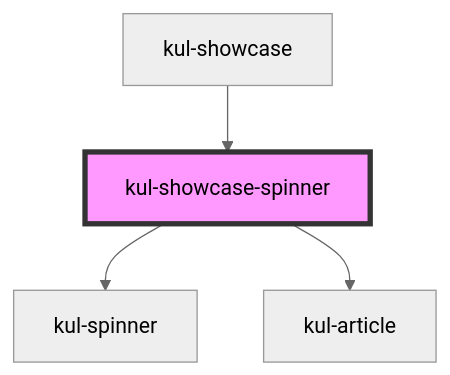
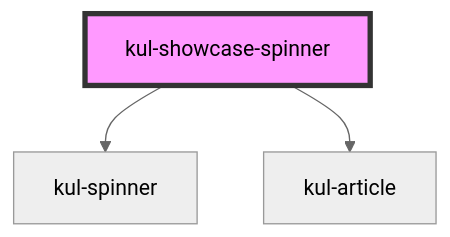
The diagram in packages/ketchup-lite/src/components/kul-showcase/components/spinner/readme.md (smeup/ketchup), drawn with Mermaid (neutral theme) before and after one commit. The commit also changed other lines of this file and 25 other files, not shown here.

````diff
--- a/packages/ketchup-lite/src/components/kul-showcase/components/spinner/readme.md
+++ b/packages/ketchup-lite/src/components/kul-showcase/components/spinner/readme.md
@@ -33,7 +29,6 @@
 ```mermaid
 graph TD;
   kul-showcase-spinner --> kul-spinner
   kul-showcase-spinner --> kul-article
-  kul-showcase --> kul-showcase-spinner
   style kul-showcase-spinner fill:#f9f,stroke:#333,stroke-width:4px
 ```
````
